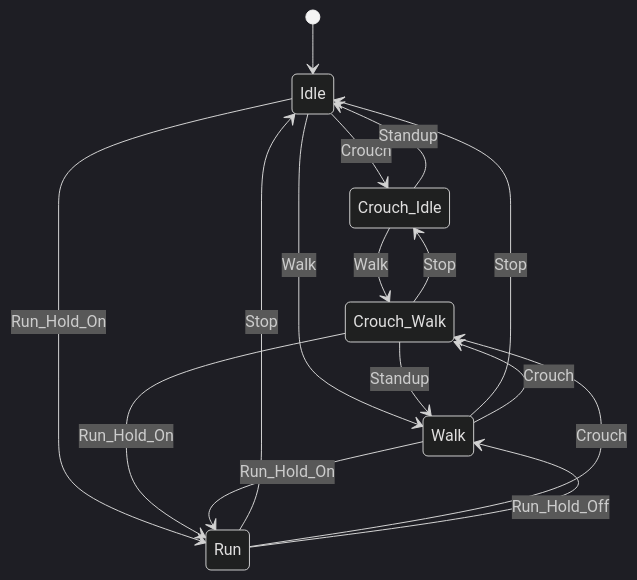
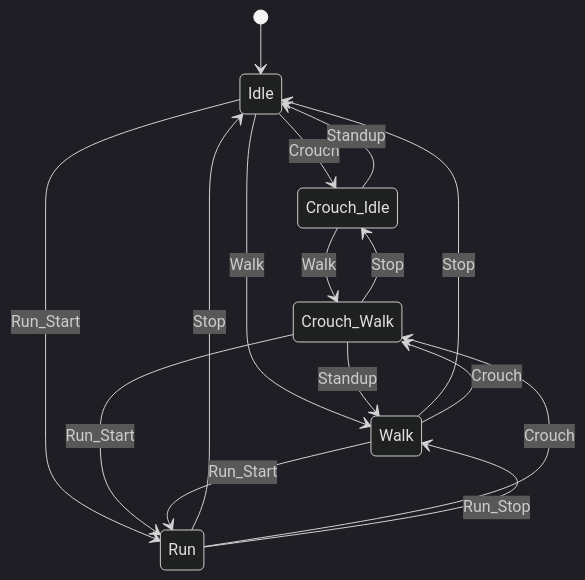
Before and after one commit to kedzkiest/FPS: the first of 2 diagrams in FPS/Docs/PlayerCharacterController_AnimationState.md, drawn with Mermaid (dark theme). The commit also changed other lines of this file, not shown here.

````diff
--- a/FPS/Docs/PlayerCharacterController_AnimationState.md
+++ b/FPS/Docs/PlayerCharacterController_AnimationState.md
@@ -2,23 +2,23 @@
 ```mermaid
 stateDiagram-v2
     [*] --> Idle
 
     Idle --> Crouch_Idle: Crouch
     Idle --> Walk: Walk
-    Idle --> Run: Run_Hold_On
+    Idle --> Run: Run_Start
 
     Crouch_Idle --> Idle: Standup
     Crouch_Idle --> Crouch_Walk: Walk
     
     Crouch_Walk --> Crouch_Idle: Stop
     Crouch_Walk --> Walk: Standup
-    Crouch_Walk --> Run: Run_Hold_On
+    Crouch_Walk --> Run: Run_Start
 
     Walk --> Idle: Stop
     Walk --> Crouch_Walk: Crouch
-    Walk --> Run: Run_Hold_On
+    Walk --> Run: Run_Start
 
     Run --> Idle: Stop
     Run --> Crouch_Walk: Crouch
-    Run --> Walk: Run_Hold_Off
+    Run --> Walk: Run_Stop
 ```
````
